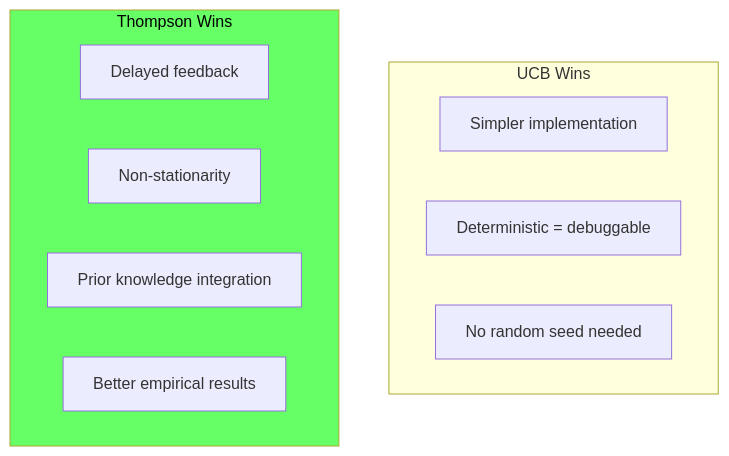
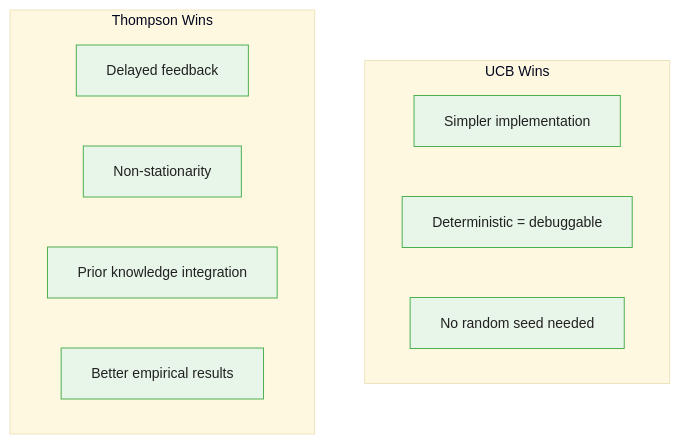
Before and after one commit to m-deane/course-creator: the second of 3 diagrams in courses/multi-armed-bandits-ab-testing/modules/module_02_bayesian_bandits/guides/03_thompson_vs_ucb_slides.md, drawn with Mermaid. The commit also changed other lines of this file and 146 other files, not shown here.

````diff
--- a/courses/multi-armed-bandits-ab-testing/modules/module_02_bayesian_bandits/guides/03_thompson_vs_ucb_slides.md
+++ b/courses/multi-armed-bandits-ab-testing/modules/module_02_bayesian_bandits/guides/03_thompson_vs_ucb_slides.md
@@ -150,15 +179,15 @@
 ```mermaid
+%%{init: {"theme": "base", "themeVariables": {"primaryColor": "#e8f5e9", "primaryBorderColor": "#4caf50", "primaryTextColor": "#212121", "secondaryColor": "#e3f2fd", "tertiaryColor": "#fff8e1", "lineColor": "#757575", "fontFamily": "Inter, sans-serif", "fontSize": "14px"}}}%%
 flowchart TD
     subgraph UCB_wins["UCB Wins"]
         UW1["Simpler implementation"]
         UW2["Deterministic = debuggable"]
         UW3["No random seed needed"]
     end
     subgraph TS_wins["Thompson Wins"]
         TW1["Delayed feedback"]
         TW2["Non-stationarity"]
         TW3["Prior knowledge integration"]
         TW4["Better empirical results"]
     end
-    style TS_wins fill:#6f6,color:#000
 ```
````
